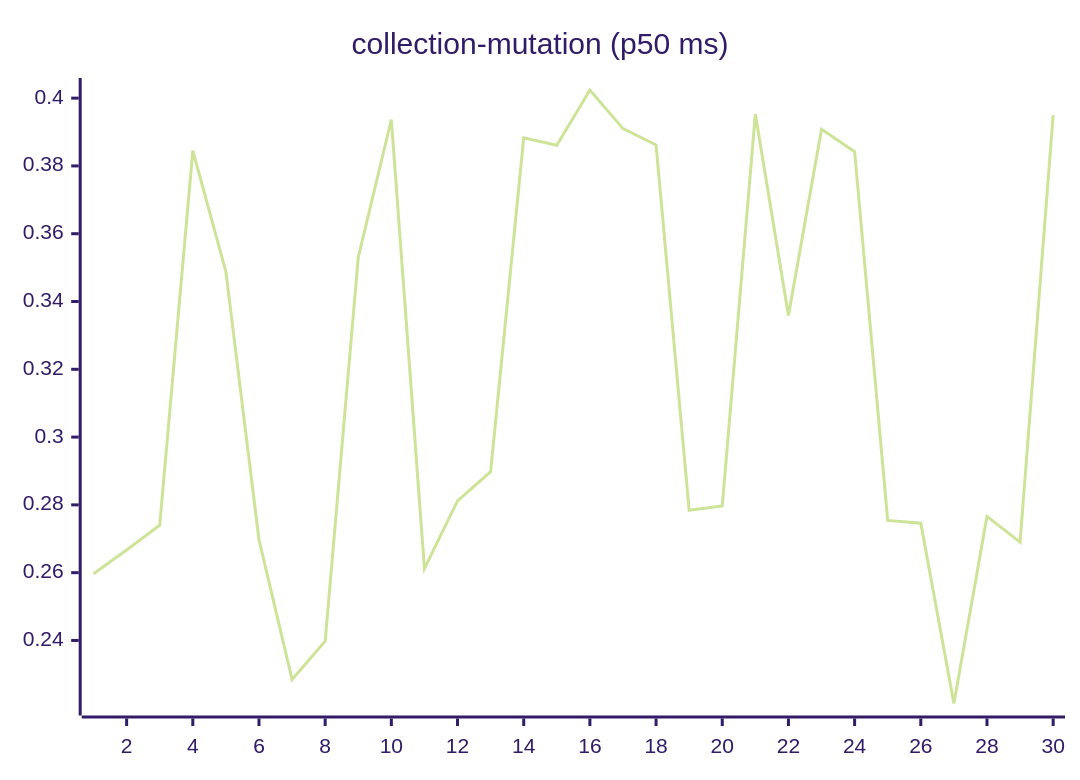
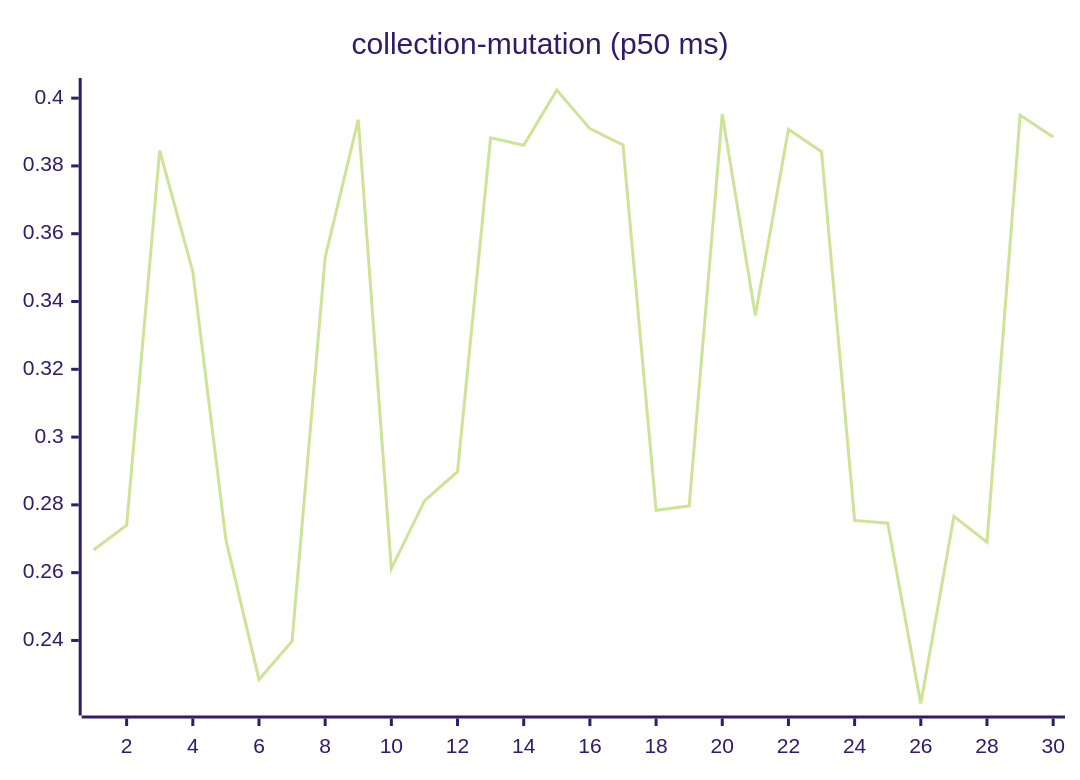
Before and after one commit to josha/Facet: the sixth of 27 diagrams in README.md, drawn with Mermaid (forest theme). The commit also changed other lines of this file and 2 other files, not shown here.

````diff
--- a/README.md
+++ b/README.md
@@ -98,6 +98,6 @@
 ```mermaid
 xychart-beta
     title "collection-mutation (p50 ms)"
     x-axis 1 --> 30
-    line [0.2597, 0.2667, 0.2740, 0.3845, 0.3488, 0.2697, 0.2285, 0.2398, 0.3530, 0.3937, 0.2612, 0.2812, 0.2898, 0.3883, 0.3861, 0.4024, 0.3910, 0.3862, 0.2784, 0.2797, 0.3953, 0.3359, 0.3908, 0.3842, 0.2754, 0.2746, 0.2214, 0.2766, 0.2690, 0.3950]
+    line [0.2667, 0.2740, 0.3845, 0.3488, 0.2697, 0.2285, 0.2398, 0.3530, 0.3937, 0.2612, 0.2812, 0.2898, 0.3883, 0.3861, 0.4024, 0.3910, 0.3862, 0.2784, 0.2797, 0.3953, 0.3359, 0.3908, 0.3842, 0.2754, 0.2746, 0.2214, 0.2766, 0.2690, 0.3950, 0.3885]
 ```
````
